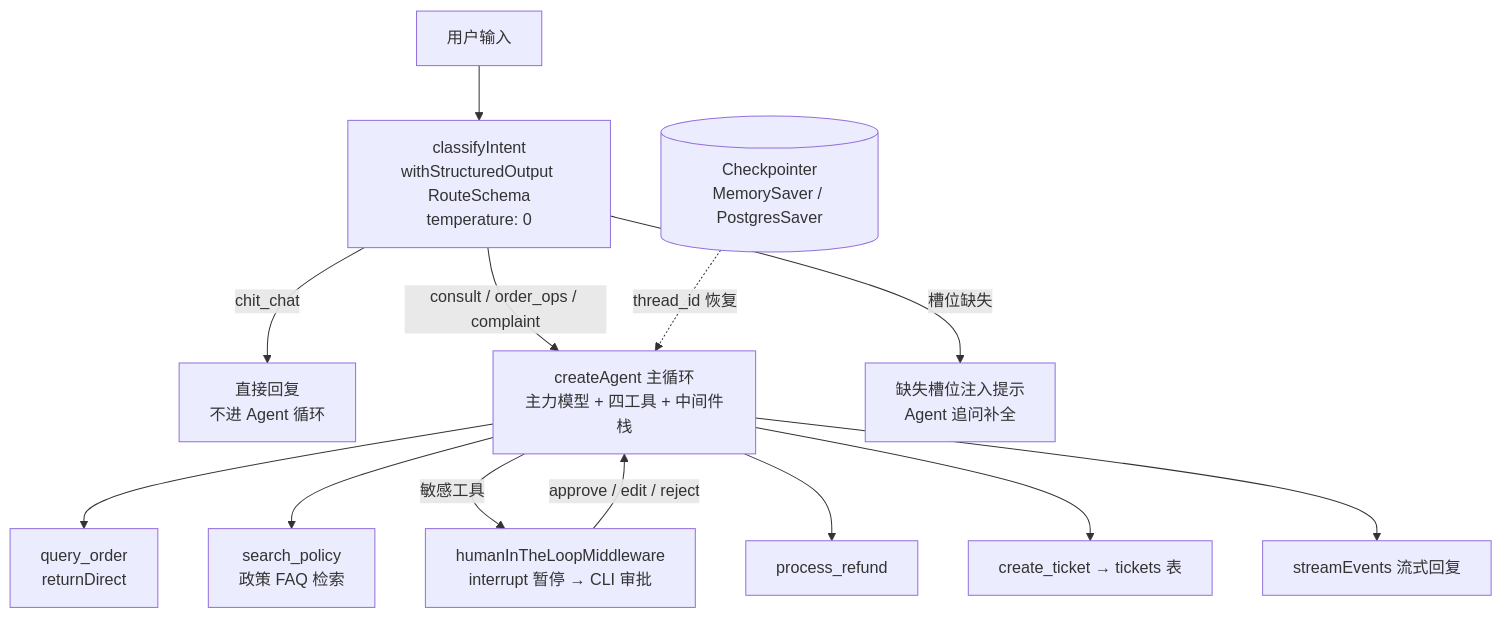
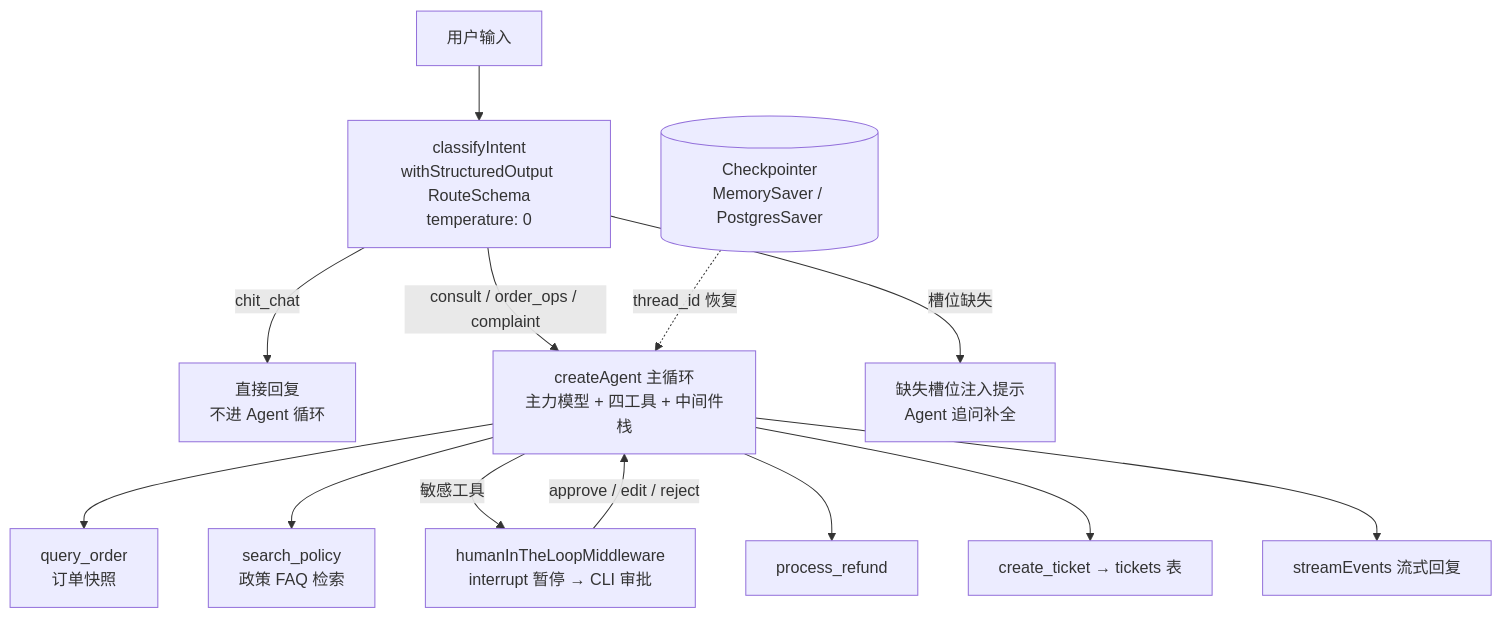
The diagram in src/artificial-intelligence/agent/agent-fullstack/projects/02-customer-service/README.md (belos-street/kb-vault), drawn with Mermaid before and after one commit. The commit also changed other lines of this file and 25 other files, not shown here.

````diff
--- a/src/artificial-intelligence/agent/agent-fullstack/projects/02-customer-service/README.md
+++ b/src/artificial-intelligence/agent/agent-fullstack/projects/02-customer-service/README.md
@@ -78,15 +78,15 @@
 ```mermaid
 flowchart TB
     U[用户输入] --> C[classifyIntent<br/>withStructuredOutput RouteSchema<br/>temperature: 0]
     C -->|chit_chat| D[直接回复<br/>不进 Agent 循环]
     C -->|consult / order_ops / complaint| A[createAgent 主循环<br/>主力模型 + 四工具 + 中间件栈]
     C -->|槽位缺失| ASK[缺失槽位注入提示<br/>Agent 追问补全]
-    A --> T1[query_order<br/>returnDirect]
+    A --> T1["query_order<br/>订单快照"]
     A --> T2[search_policy<br/>政策 FAQ 检索]
     A -->|敏感工具| HITL[humanInTheLoopMiddleware<br/>interrupt 暂停 → CLI 审批]
     HITL -->|approve / edit / reject| A
     A --> T3[process_refund]
     A --> T4[create_ticket → tickets 表]
     A --> OUT[streamEvents 流式回复]
     CK[(Checkpointer<br/>MemorySaver / PostgresSaver)] -.thread_id 恢复.-> A
 ```
````
